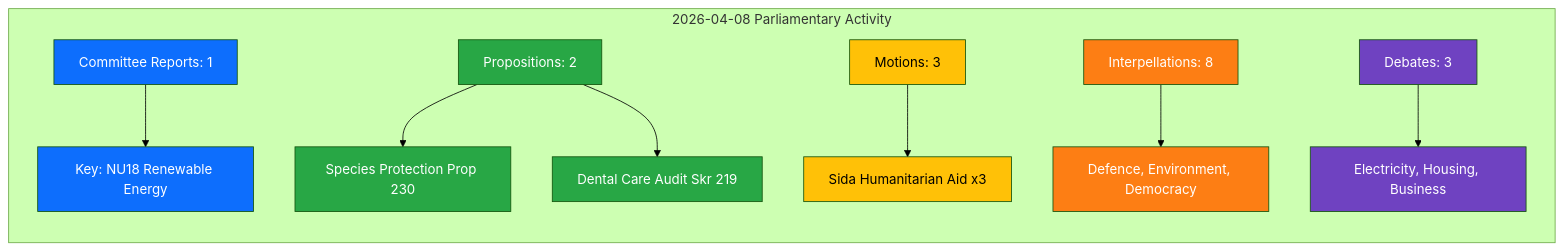
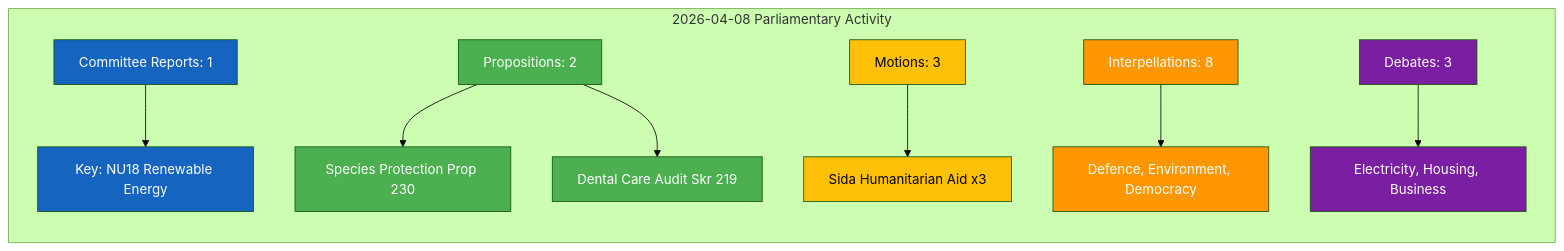
Before and after one commit to Hack23/riksdagsmonitor: the diagram in analysis/daily/2026-04-08/evening-analysis/synthesis-summary.md, drawn with Mermaid (forest theme). The commit also changed 785 other files, not shown here.

First line of the commit message:
Normalize mermaid colors across 786 analysis artifacts to ISMS Style Guide palette

````diff
--- a/analysis/daily/2026-04-08/evening-analysis/synthesis-summary.md
+++ b/analysis/daily/2026-04-08/evening-analysis/synthesis-summary.md
@@ -12,22 +12,22 @@
 ```mermaid
 graph LR
     subgraph "2026-04-08 Parliamentary Activity"
         A[Committee Reports: 1] --> B[Key: NU18 Renewable Energy]
         C[Propositions: 2] --> D[Species Protection Prop 230]
         C --> E[Dental Care Audit Skr 219]
         F[Motions: 3] --> G[Sida Humanitarian Aid x3]
         H[Interpellations: 8] --> I[Defence, Environment, Democracy]
         J[Debates: 3] --> K[Electricity, Housing, Business]
     end
-    style A fill:#0d6efd,color:#fff
-    style C fill:#28a745,color:#fff
-    style F fill:#ffc107,color:#000
-    style H fill:#fd7e14,color:#fff
-    style J fill:#6f42c1,color:#fff
-    style B fill:#0d6efd,color:#fff
-    style D fill:#28a745,color:#fff
-    style E fill:#28a745,color:#fff
-    style G fill:#ffc107,color:#000
-    style I fill:#fd7e14,color:#fff
-    style K fill:#6f42c1,color:#fff
+    style A fill:#1565C0,color:#FFFFFF
+    style C fill:#4CAF50,color:#FFFFFF
+    style F fill:#FFC107,color:#000000
+    style H fill:#FF9800,color:#FFFFFF
+    style J fill:#7B1FA2,color:#FFFFFF
+    style B fill:#1565C0,color:#FFFFFF
+    style D fill:#4CAF50,color:#FFFFFF
+    style E fill:#4CAF50,color:#FFFFFF
+    style G fill:#FFC107,color:#000000
+    style I fill:#FF9800,color:#FFFFFF
+    style K fill:#7B1FA2,color:#FFFFFF
 ```
````
